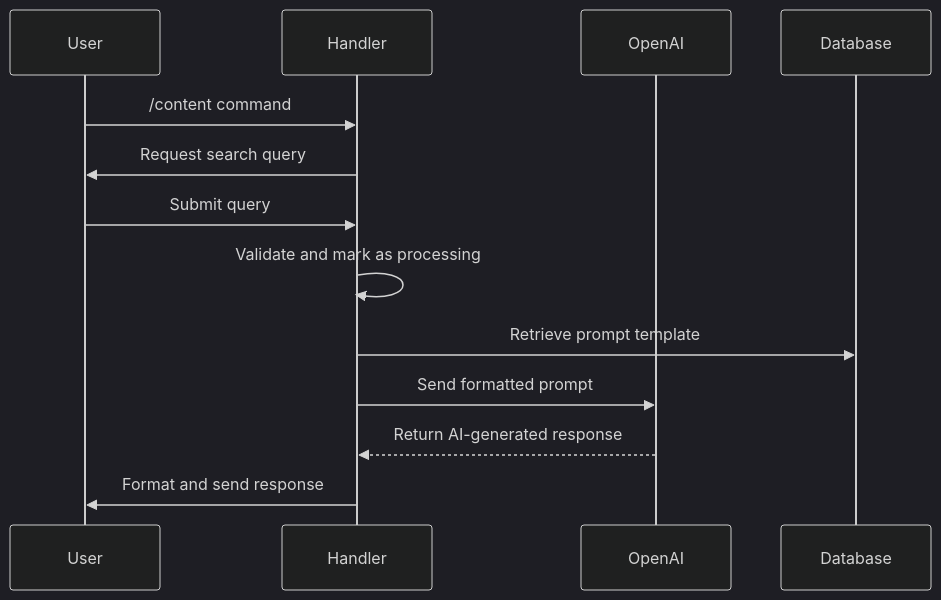
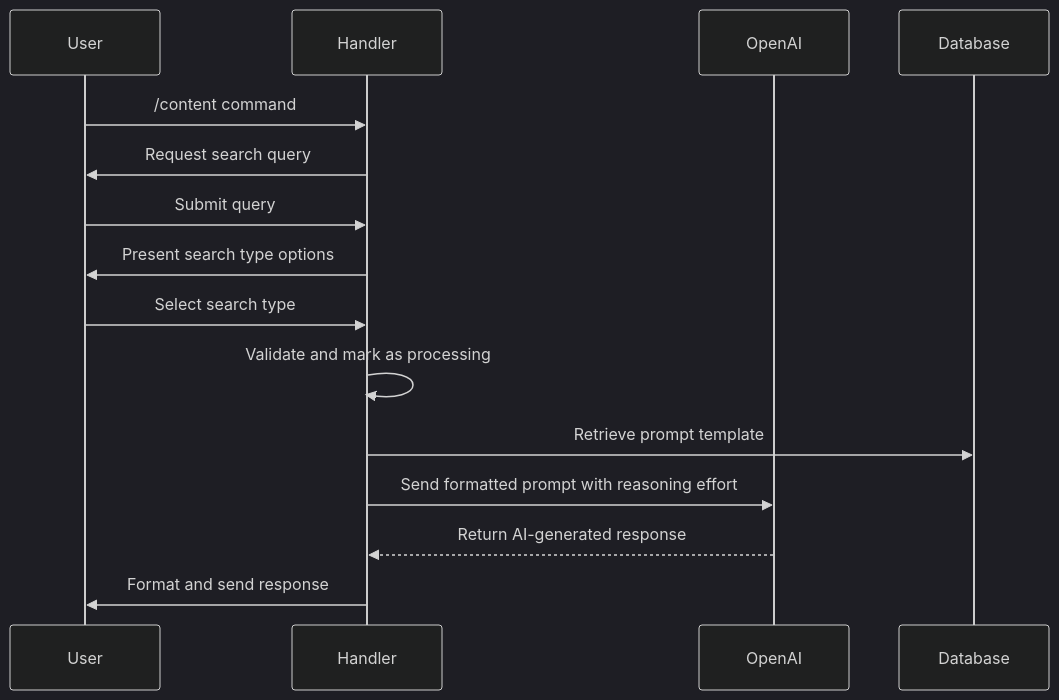
The first of 4 diagrams in .qoder/repowiki/en/content/AI-Powered Search/AI-Powered Search.md (it-beard/evo-bot-go), drawn with Mermaid (dark theme) before and after one commit. The commit also changed other lines of this file and 14 other files, not shown here.

First line of the commit message:
feat(search): add search type selection with fast and deep options to all search handlers

````diff
--- a/.qoder/repowiki/en/content/AI-Powered Search/AI-Powered Search.md
+++ b/.qoder/repowiki/en/content/AI-Powered Search/AI-Powered Search.md
@@ -63,15 +68,17 @@
 ```mermaid
 sequenceDiagram
 participant User
 participant Handler
 participant OpenAI
 participant Database
 User->>Handler : /content command
 Handler->>User : Request search query
 User->>Handler : Submit query
+Handler->>User : Present search type options
+User->>Handler : Select search type
 Handler->>Handler : Validate and mark as processing
 Handler->>Database : Retrieve prompt template
-Handler->>OpenAI : Send formatted prompt
+Handler->>OpenAI : Send formatted prompt with reasoning effort
 OpenAI-->>Handler : Return AI-generated response
 Handler->>User : Format and send response
 ```
````
